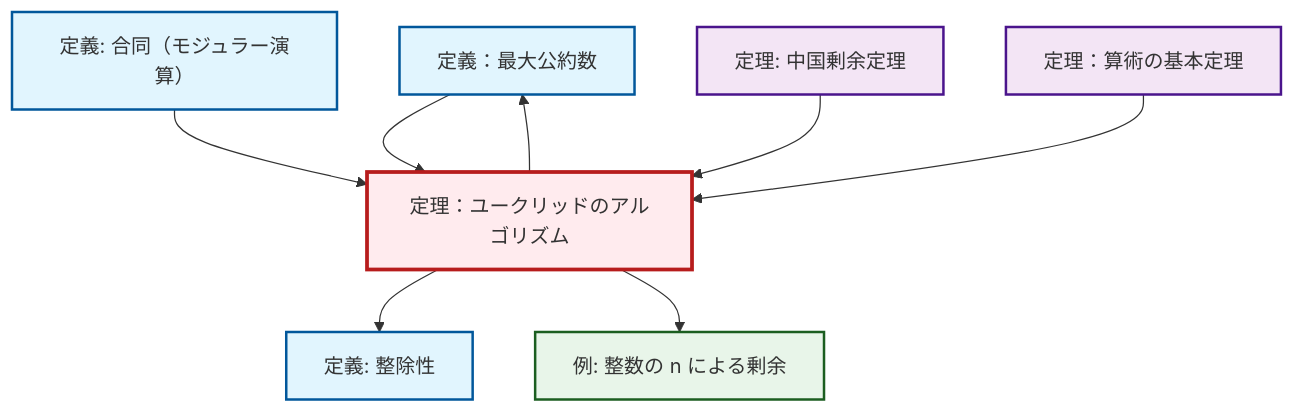
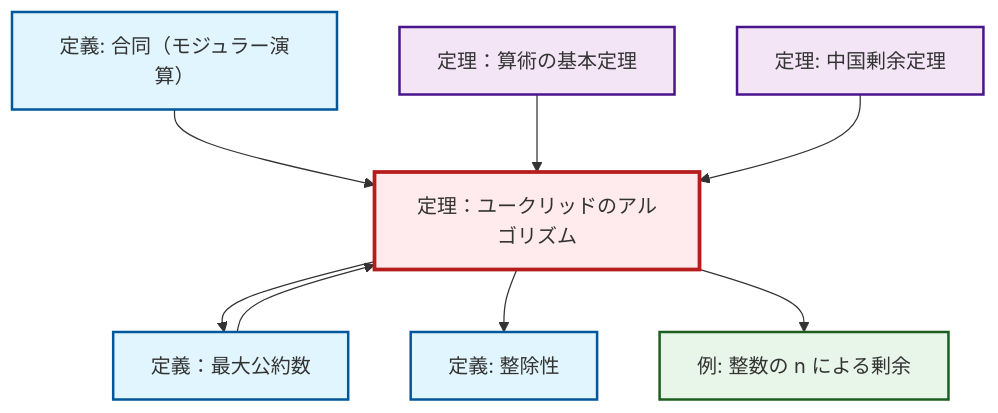
Before and after one commit to RK0429/ModernMath: the second of 2 diagrams in content/ja/number-theory/thm-euclidean-algorithm.qmd, drawn with Mermaid. The commit also changed 672 other files, not shown here.

````diff
--- a/content/ja/number-theory/thm-euclidean-algorithm.qmd
+++ b/content/ja/number-theory/thm-euclidean-algorithm.qmd
@@ -96,30 +96,30 @@
 ```{mermaid}
-%%| fig-cap: "Local dependency graph"
+%%| fig-cap: "ローカル依存関係グラフ"
 graph TD
     classDef definition fill:#e1f5fe,stroke:#01579b,stroke-width:2px
     classDef theorem fill:#f3e5f5,stroke:#4a148c,stroke-width:2px
     classDef axiom fill:#fff3e0,stroke:#e65100,stroke-width:2px
     classDef example fill:#e8f5e9,stroke:#1b5e20,stroke-width:2px
     classDef current fill:#ffebee,stroke:#b71c1c,stroke-width:3px
+    thm-euclidean-algorithm["定理：ユークリッドのアルゴリズム"]:::theorem
+    thm-fundamental-arithmetic["定理：算術の基本定理"]:::theorem
+    ex-quotient-integers-mod-n["例: 整数の n による剰余"]:::example
+    def-congruence["定義: 合同（モジュラー演算）"]:::definition
     def-gcd["定義：最大公約数"]:::definition
     thm-chinese-remainder["定理: 中国剰余定理"]:::theorem
-    def-congruence["定義: 合同（モジュラー演算）"]:::definition
-    thm-fundamental-arithmetic["定理：算術の基本定理"]:::theorem
-    thm-euclidean-algorithm["定理：ユークリッドのアルゴリズム"]:::theorem
     def-divisibility["定義: 整除性"]:::definition
-    ex-quotient-integers-mod-n["例: 整数の n による剰余"]:::example
+    thm-euclidean-algorithm --> def-gcd
+    thm-euclidean-algorithm --> def-divisibility
+    def-congruence --> thm-euclidean-algorithm
     def-gcd --> thm-euclidean-algorithm
-    thm-euclidean-algorithm --> def-gcd
-    def-congruence --> thm-euclidean-algorithm
-    thm-euclidean-algorithm --> def-divisibility
+    thm-fundamental-arithmetic --> thm-euclidean-algorithm
+    thm-chinese-remainder --> thm-euclidean-algorithm
     thm-euclidean-algorithm --> ex-quotient-integers-mod-n
-    thm-chinese-remainder --> thm-euclidean-algorithm
-    thm-fundamental-arithmetic --> thm-euclidean-algorithm
     class thm-euclidean-algorithm current
+    click thm-fundamental-arithmetic "thm-fundamental-arithmetic.html" "定理：算術の基本定理へ"
+    click ex-quotient-integers-mod-n "ex-quotient-integers-mod-n.html" "整数の n による剰余の例へ"
+    click def-congruence "def-congruence.html" "合同（モジュラー演算）の定義へ"
     click def-gcd "def-gcd.html" "定義：最大公約数へ"
     click thm-chinese-remainder "thm-chinese-remainder.html" "中国剰余定理の定理へ"
-    click def-congruence "def-congruence.html" "合同（モジュラー演算）の定義へ"
-    click thm-fundamental-arithmetic "thm-fundamental-arithmetic.html" "定理：算術の基本定理へ"
     click def-divisibility "def-divisibility.html" "整除性の定義へ"
-    click ex-quotient-integers-mod-n "ex-quotient-integers-mod-n.html" "整数の n による剰余の例へ"
 ```
````
